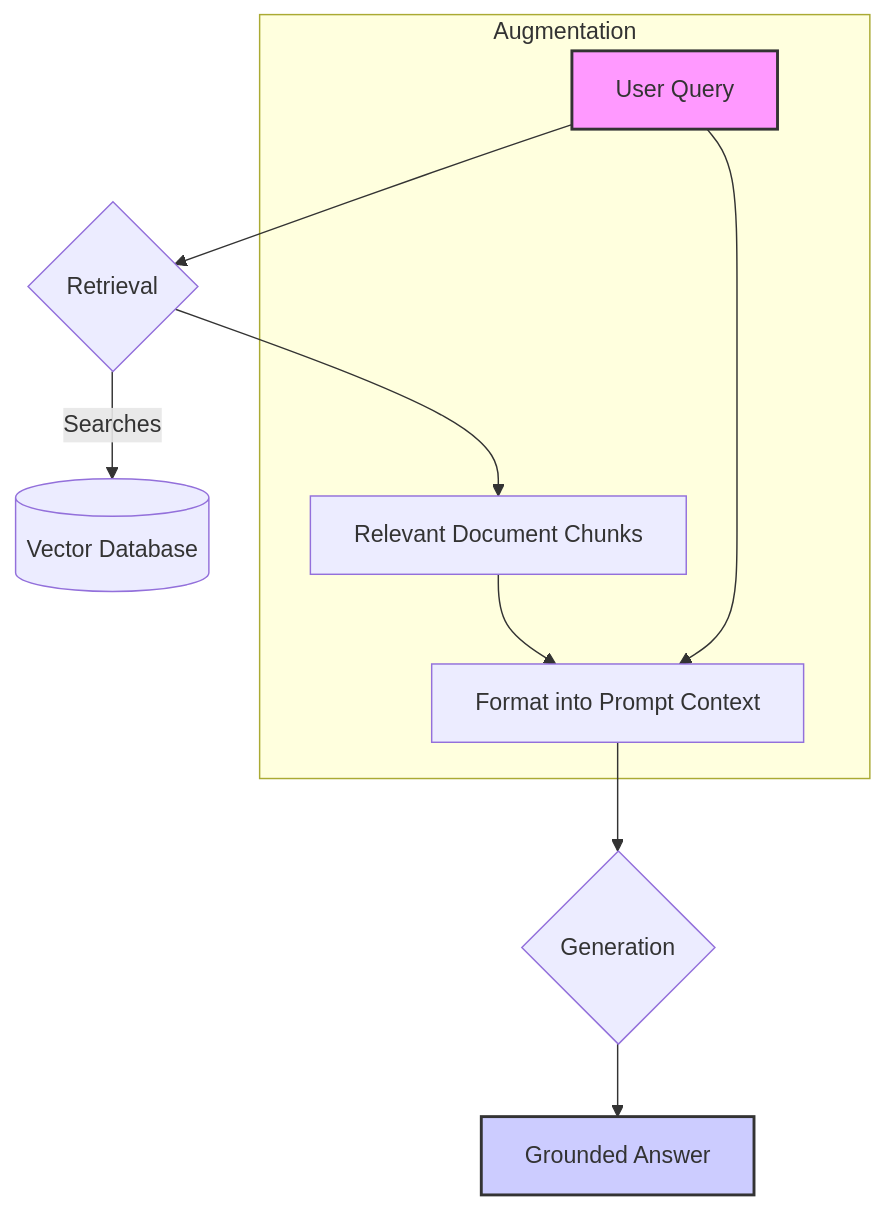
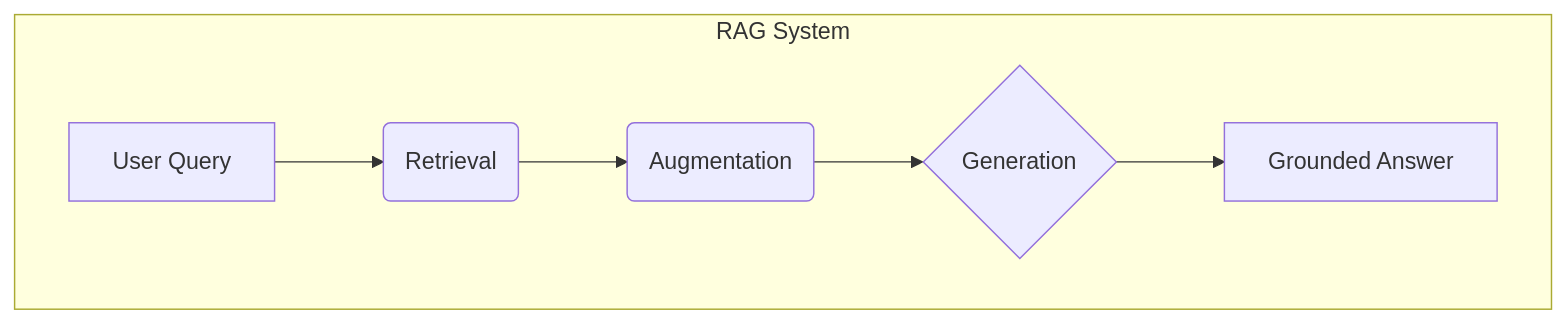
The first of 4 diagrams in lessons/10_RAG_Focus/article.md (shoaibkhanz/agentic-ai-engineering-course), drawn with Mermaid before and after one commit. The commit also changed other lines of this file and 4 other files, not shown here.

````diff
--- a/lessons/10_RAG_Focus/article.md
+++ b/lessons/10_RAG_Focus/article.md
@@ -35,15 +27,9 @@
 ```mermaid
 graph TD
-    A[User Query] --> B{Retrieval};
-    B --> C[Relevant Document Chunks];
-    subgraph Augmentation
-        C --> D[Format into Prompt Context];
-        A --> D;
+    subgraph RAG System
+        A[User Query] --> B(Retrieval);
+        B --> C(Augmentation);
+        C --> D{Generation};
+        D --> E[Grounded Answer];
     end
-    D --> E{Generation};
-    E --> F[Grounded Answer];
-    B -- Searches --> G[(Vector Database)];
-
-    style A fill:#f9f,stroke:#333,stroke-width:2px
-    style F fill:#ccf,stroke:#333,stroke-width:2px
 ```
````
